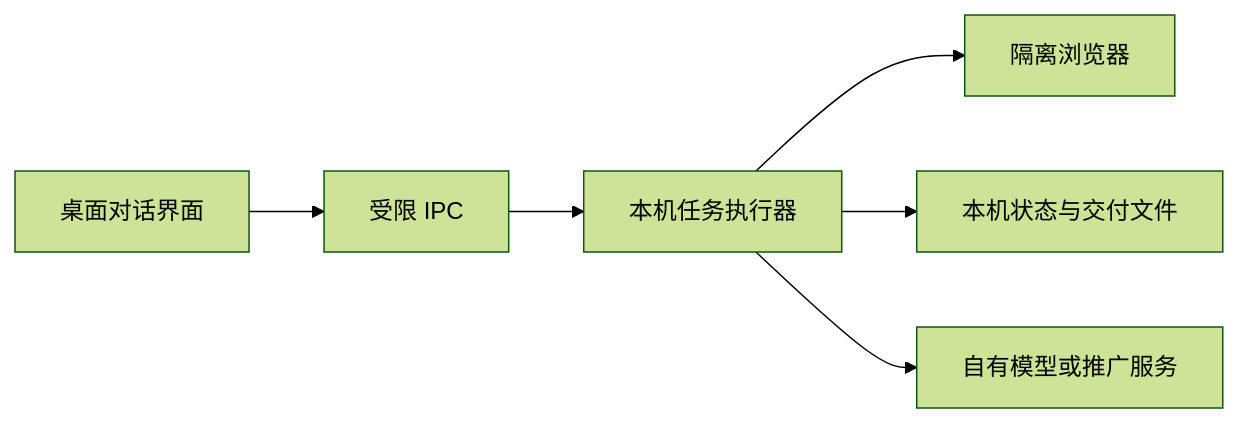
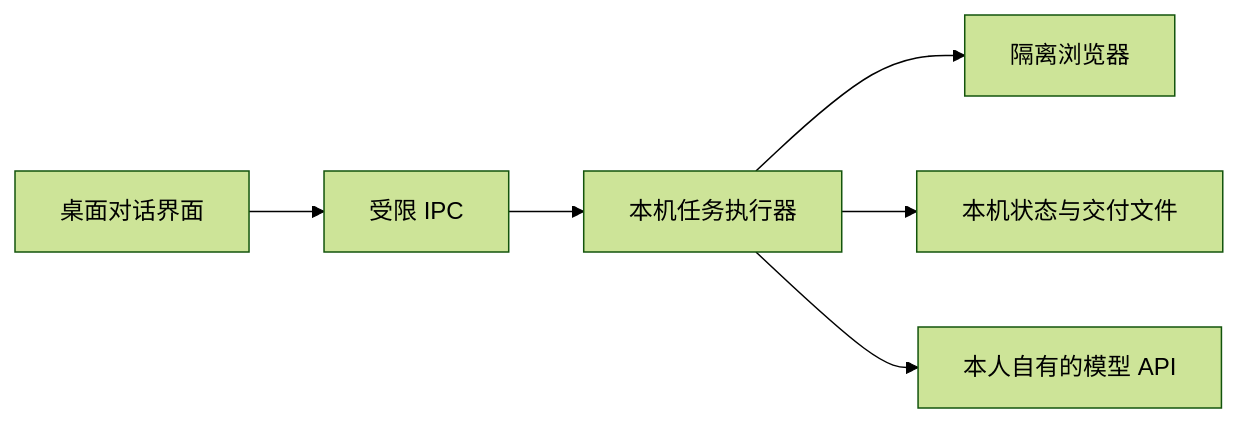
One commit to shulinw27-web/yuanyu-workbench changed the diagram in README.md. Above: the diagram before and after it, drawn with Mermaid (forest theme). The commit also changed other lines of this file and 16 other files, not shown here.

````diff
--- a/README.md
+++ b/README.md
@@ -119,8 +106,8 @@
 ```mermaid
 flowchart LR
     UI[桌面对话界面] --> IPC[受限 IPC]
     IPC --> Runtime[本机任务执行器]
     Runtime --> Browser[隔离浏览器]
     Runtime --> Files[本机状态与交付文件]
-    Runtime --> Model[自有模型或推广服务]
+    Runtime --> Model[本人自有的模型 API]
 ```
````
